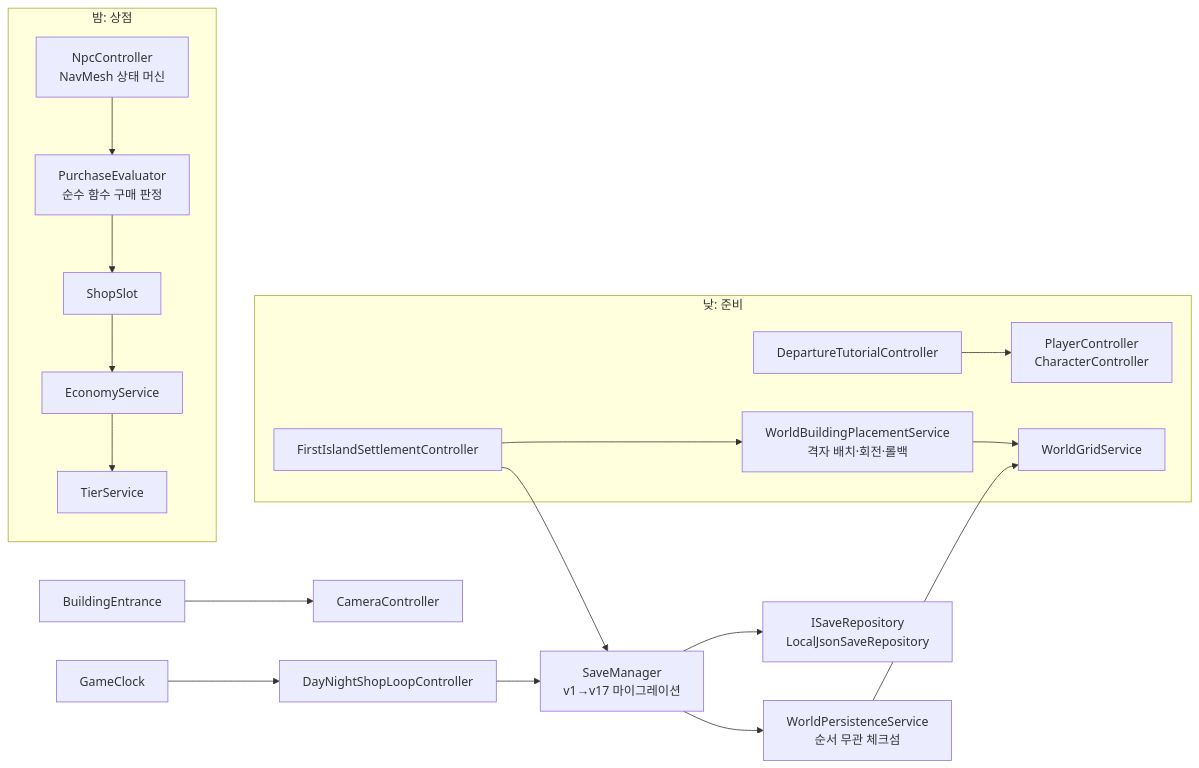
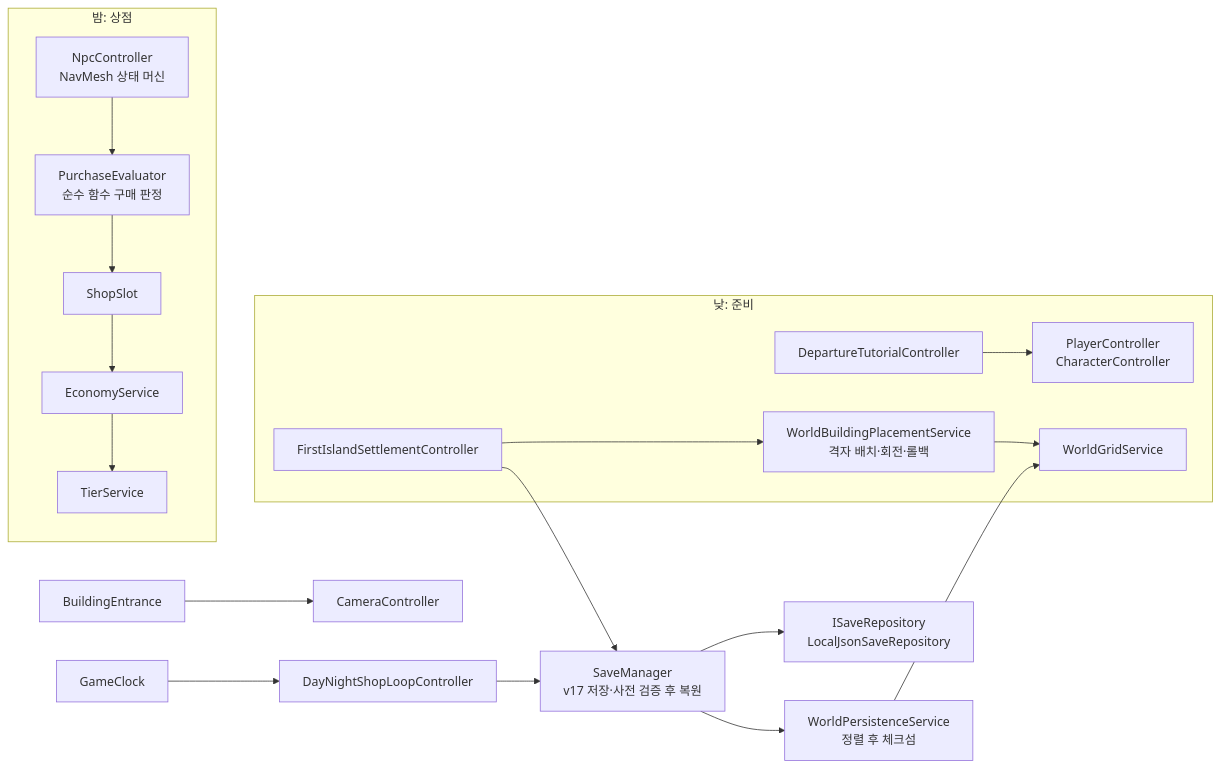
One commit to junido7185/Project_PA changed the diagram in README.md. Above: the diagram before and after it, drawn with Mermaid. The commit also changed other lines of this file, not shown here.

````diff
--- a/README.md
+++ b/README.md
@@ -39,20 +40,20 @@
 ```mermaid
 flowchart LR
   subgraph Day[낮: 준비]
     Tutorial[DepartureTutorialController] --> Player[PlayerController<br/>CharacterController]
     Settle[FirstIslandSettlementController] --> Place[WorldBuildingPlacementService<br/>격자 배치·회전·롤백]
     Place --> Grid[WorldGridService]
   end
   subgraph Night[밤: 상점]
     Npc[NpcController<br/>NavMesh 상태 머신] --> Eval[PurchaseEvaluator<br/>순수 함수 구매 판정]
     Eval --> Slot[ShopSlot]
     Slot --> Econ[EconomyService] --> Tier[TierService]
   end
   Clock[GameClock] --> Loop[DayNightShopLoopController]
-  Loop --> Save[SaveManager<br/>v1→v17 마이그레이션]
+  Loop --> Save[SaveManager<br/>v17 저장·사전 검증 후 복원]
   Save --> Repo[ISaveRepository<br/>LocalJsonSaveRepository]
-  Save --> Persist[WorldPersistenceService<br/>순서 무관 체크섬]
+  Save --> Persist[WorldPersistenceService<br/>정렬 후 체크섬]
   Persist --> Grid
   Settle --> Save
   Entrance[BuildingEntrance] --> Cam[CameraController]
 ```
````
